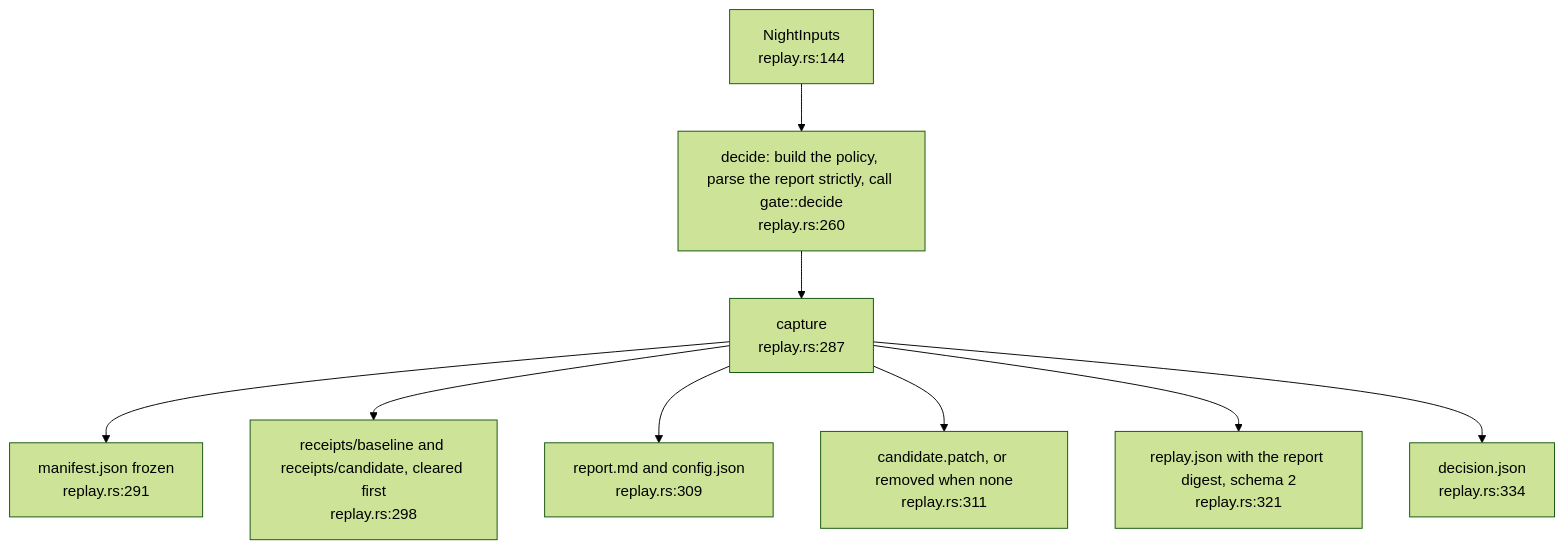
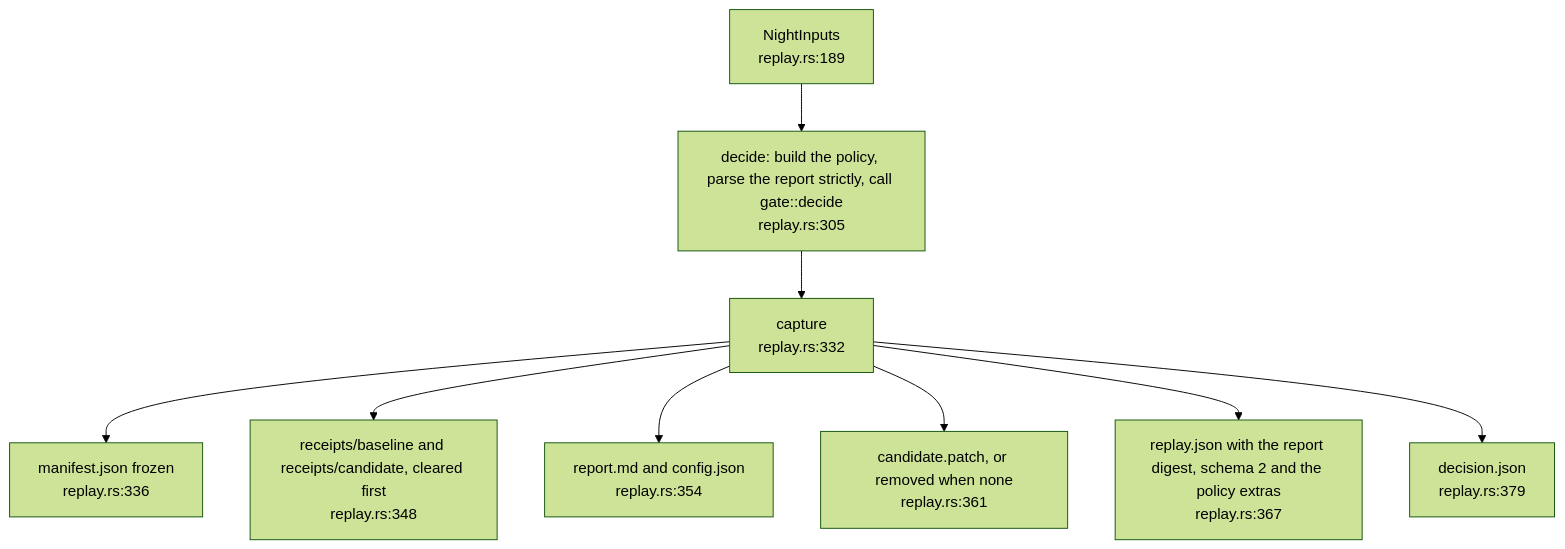
Before and after one commit to DreamLab-AI/dream-engine: the first of 2 diagrams in docs/diagrams/nightly/02-replay-capture-and-verify.md, drawn with Mermaid (forest theme). The commit also changed other lines of this file and 12 other files, not shown here.

Commit message:
docs(diagrams): re-verify and re-stamp the corpus at 0f6a669 after the audit hardening

````diff
--- a/docs/diagrams/nightly/02-replay-capture-and-verify.md
+++ b/docs/diagrams/nightly/02-replay-capture-and-verify.md
@@ -35,11 +35,11 @@
 ```mermaid
 flowchart TB
-    IN["NightInputs<br/>replay.rs:144"] --> DEC["decide: build the policy, parse the report strictly, call gate::decide<br/>replay.rs:260"]
-    DEC --> CAP["capture<br/>replay.rs:287"]
-    CAP --> MAN["manifest.json frozen<br/>replay.rs:291"]
-    CAP --> RC["receipts/baseline and receipts/candidate, cleared first<br/>replay.rs:298"]
-    CAP --> RP["report.md and config.json<br/>replay.rs:309"]
-    CAP --> PA["candidate.patch, or removed when none<br/>replay.rs:311"]
-    CAP --> RJ["replay.json with the report digest, schema 2<br/>replay.rs:321"]
-    CAP --> DJ["decision.json<br/>replay.rs:334"]
+    IN["NightInputs<br/>replay.rs:189"] --> DEC["decide: build the policy, parse the report strictly, call gate::decide<br/>replay.rs:305"]
+    DEC --> CAP["capture<br/>replay.rs:332"]
+    CAP --> MAN["manifest.json frozen<br/>replay.rs:336"]
+    CAP --> RC["receipts/baseline and receipts/candidate, cleared first<br/>replay.rs:348"]
+    CAP --> RP["report.md and config.json<br/>replay.rs:354"]
+    CAP --> PA["candidate.patch, or removed when none<br/>replay.rs:361"]
+    CAP --> RJ["replay.json with the report digest, schema 2 and the policy extras<br/>replay.rs:367"]
+    CAP --> DJ["decision.json<br/>replay.rs:379"]
 ```
````
